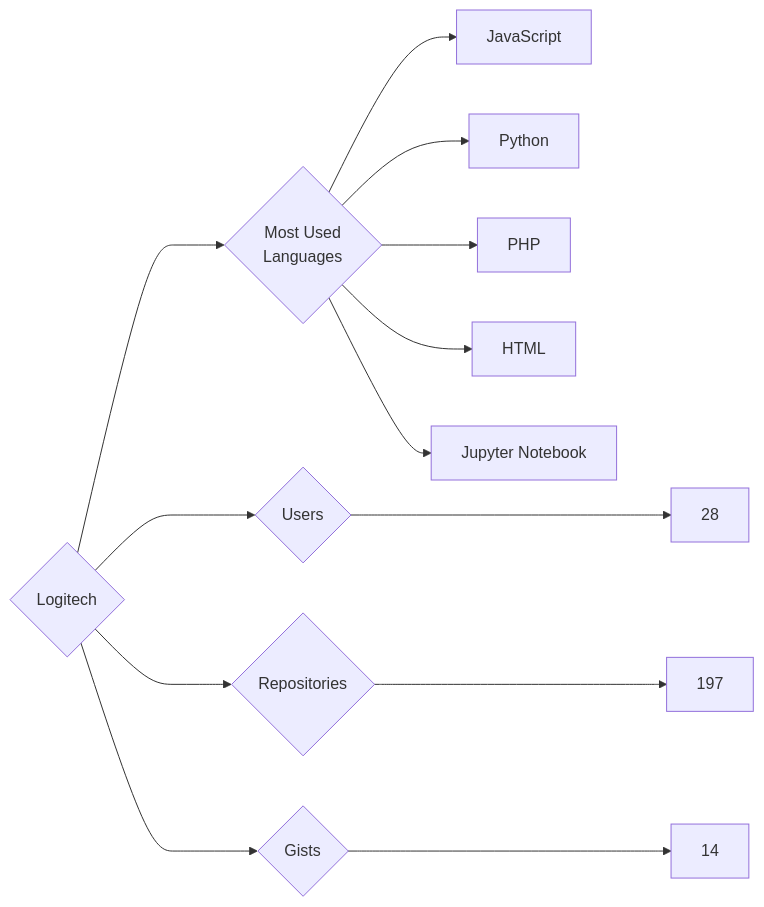
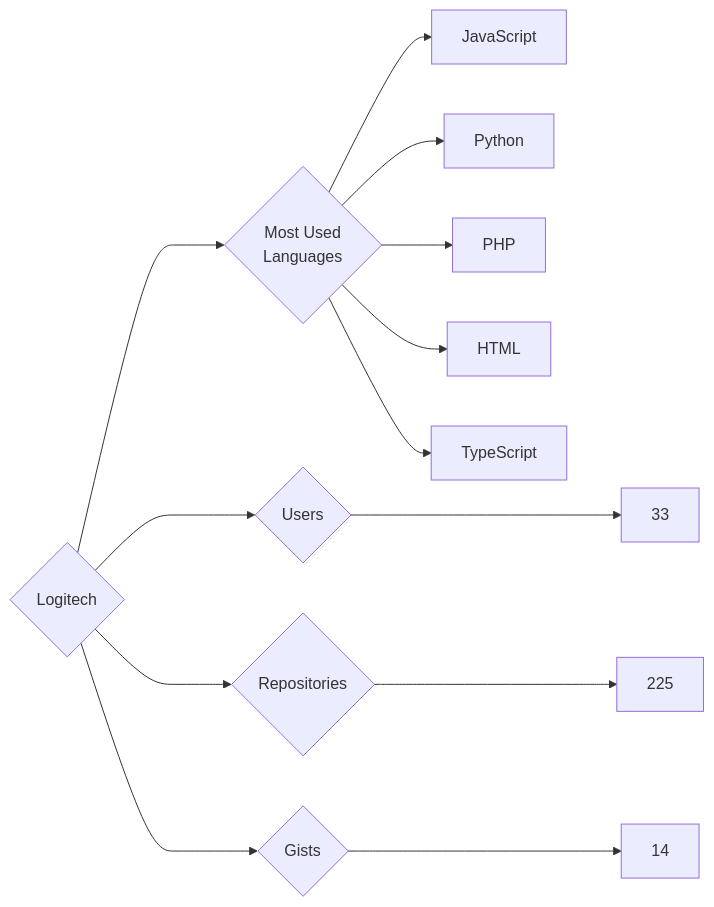
The diagram in targets/Logitech/README.md (trickest/insiders), drawn with Mermaid before and after one commit. The commit also changed 721 other files, not shown here.

````diff
--- a/targets/Logitech/README.md
+++ b/targets/Logitech/README.md
@@ -3,13 +3,13 @@
 ```mermaid
 graph LR
 COMPANY_NAME{Logitech}
-COMPANY_NAME ---> U{Users} ---> UN[28]
-COMPANY_NAME ---> R{Repositories} ---> RN[197]
+COMPANY_NAME ---> U{Users} ---> UN[33]
+COMPANY_NAME ---> R{Repositories} ---> RN[225]
 COMPANY_NAME ---> G{Gists} ---> GN[14]
 COMPANY_NAME ---> ML{Most Used<br>Languages}
 ML --> JavaScript[JavaScript]
 ML --> Python[Python]
 ML --> PHP[PHP]
 ML --> HTML[HTML]
-ML --> Jupyter_Notebook[Jupyter Notebook]
+ML --> TypeScript[TypeScript]
 ```
````
